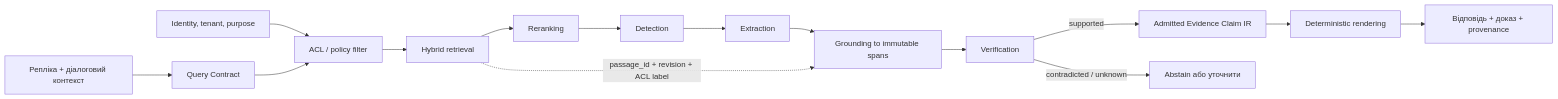
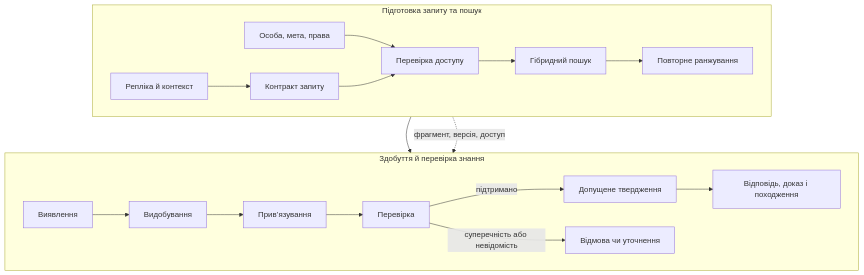
One commit to nick-fedchik/articles changed the first of 6 diagrams in ExpertSystem/13-Knowledge-Acquisition-From-Question-To-Evidence-UA.md. Above: the diagram before and after it, drawn with Mermaid. The commit also changed other lines of this file, not shown here.

Commit message:
Improve knowledge acquisition article structure and clarity

````diff
--- a/ExpertSystem/13-Knowledge-Acquisition-From-Question-To-Evidence-UA.md
+++ b/ExpertSystem/13-Knowledge-Acquisition-From-Question-To-Evidence-UA.md
@@ -167,17 +179,18 @@
 ```mermaid
-flowchart LR
-    Q["Репліка + діалоговий контекст"] --> QC["Query Contract"]
-    ID["Identity, tenant, purpose"] --> ACL["ACL / policy filter"]
-    QC --> ACL
-    ACL --> RET["Hybrid retrieval"]
-    RET --> RR["Reranking"]
-    RR --> DET["Detection"]
-    DET --> EXT["Extraction"]
-    EXT --> GR["Grounding to immutable spans"]
-    GR --> VER["Verification"]
-    VER -->|supported| IR["Admitted Evidence Claim IR"]
-    VER -->|contradicted / unknown| ABS["Abstain або уточнити"]
-    IR --> REN["Deterministic rendering"]
-    RET -. "passage_id + revision + ACL label" .-> GR
-    REN --> ANS["Відповідь + доказ + provenance"]
+flowchart TB
+    subgraph SEARCH["Підготовка запиту та пошук"]
+        direction LR
+        Q["Репліка й контекст"] --> QC["Контракт запиту"]
+        ID["Особа, мета, права"] --> ACL["Перевірка доступу"]
+        QC --> ACL --> RET["Гібридний пошук"] --> RR["Повторне ранжування"]
+    end
+    subgraph KNOWLEDGE["Здобуття й перевірка знання"]
+        direction LR
+        DET["Виявлення"] --> EXT["Видобування"] --> GR["Прив’язування"]
+        GR --> VER["Перевірка"]
+        VER -->|підтримано| IR["Допущене твердження"] --> REN["Відповідь, доказ і походження"]
+        VER -->|суперечність або невідомість| ABS["Відмова чи уточнення"]
+    end
+    RR --> DET
+    RET -. "фрагмент, версія, доступ" .-> GR
 ```
````
